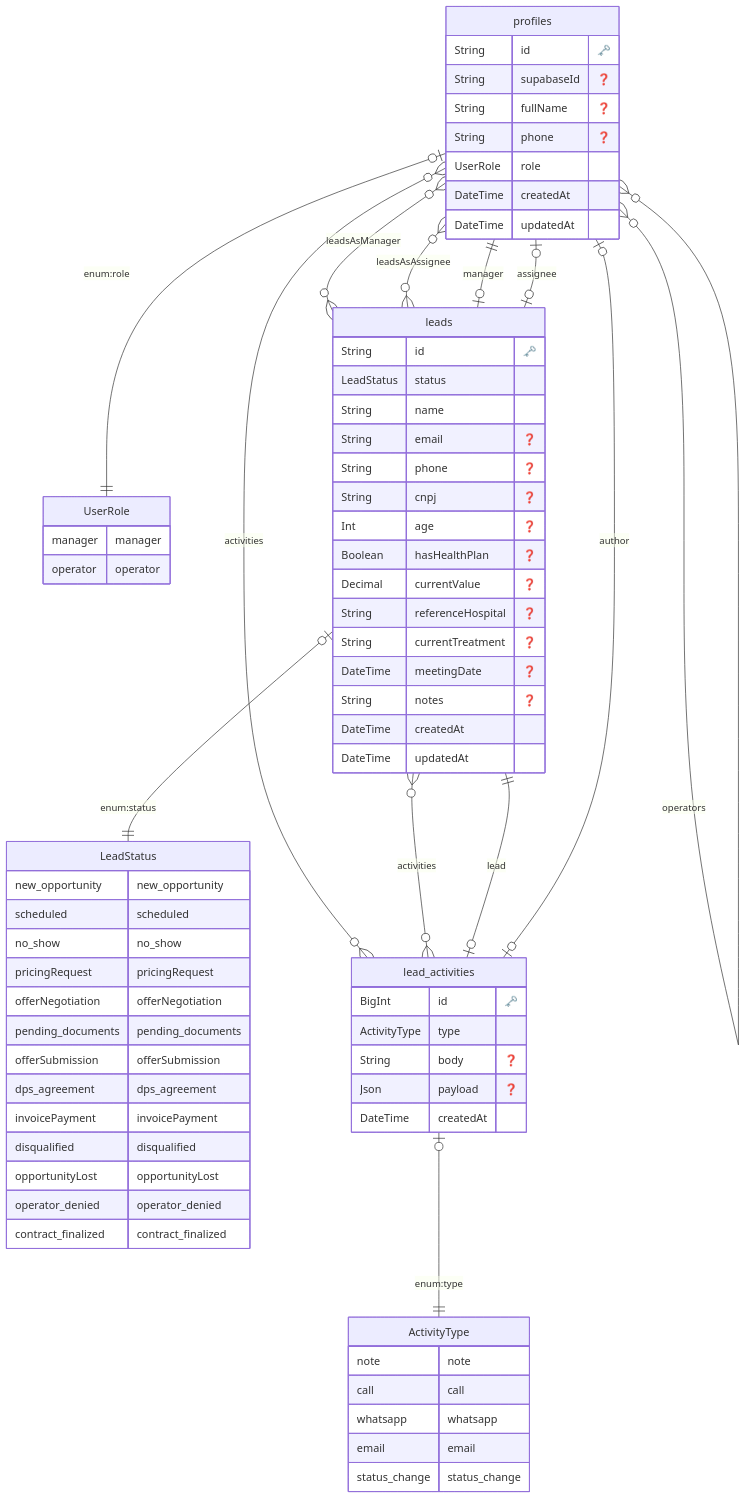
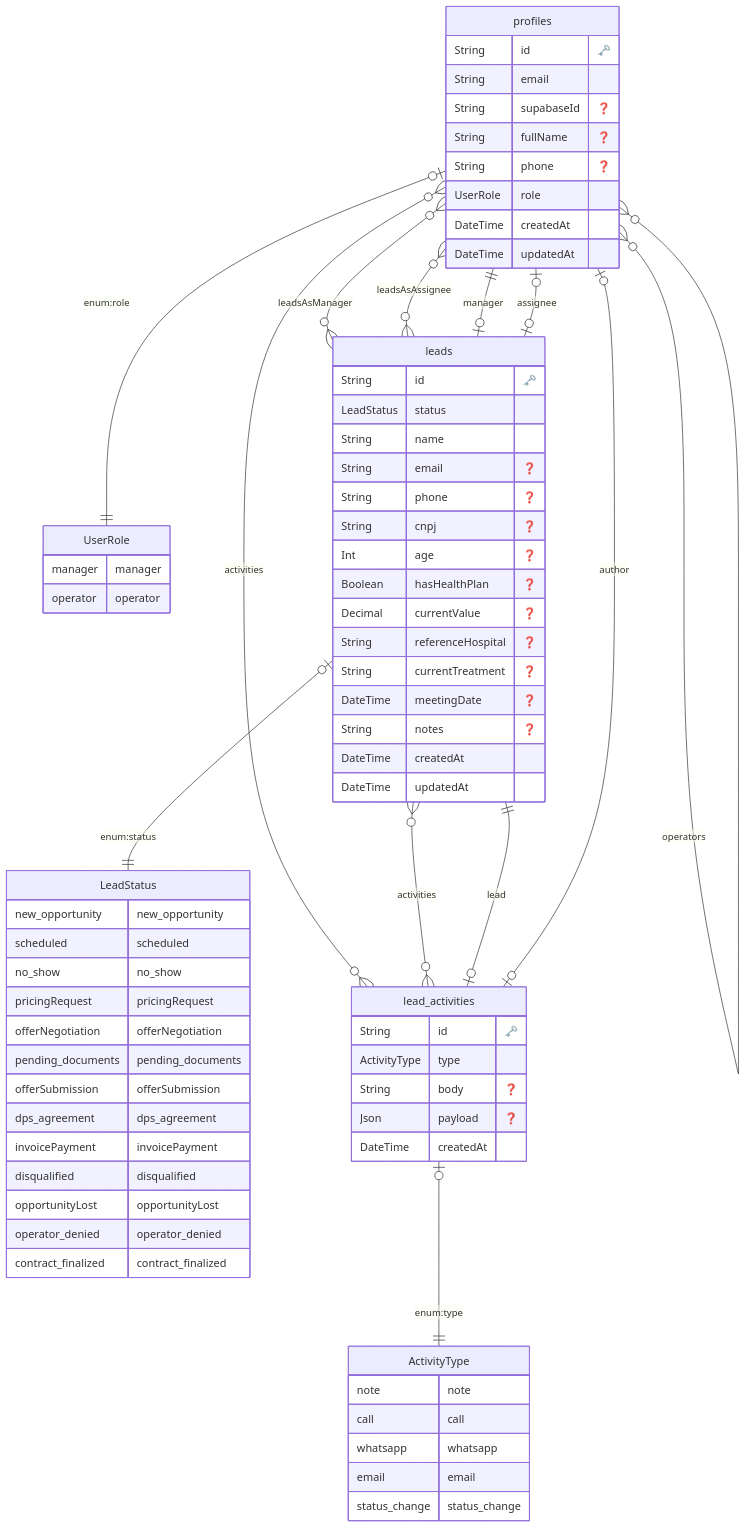
The diagram in prisma/erd/diagram.md (matheuswillock/lead-flow-app), drawn with Mermaid before and after one commit. The commit also changed 20 other files, not shown here.

```diff
--- a/prisma/erd/diagram.md
+++ b/prisma/erd/diagram.md
@@ -36,6 +36,7 @@
     
   "profiles" {
     String id "🗝️"
+    String email 
     String supabaseId "❓"
     String fullName "❓"
     String phone "❓"
@@ -65,7 +66,7 @@
   
 
   "lead_activities" {
-    BigInt id "🗝️"
+    String id "🗝️"
     ActivityType type 
     String body "❓"
     Json payload "❓"
```
